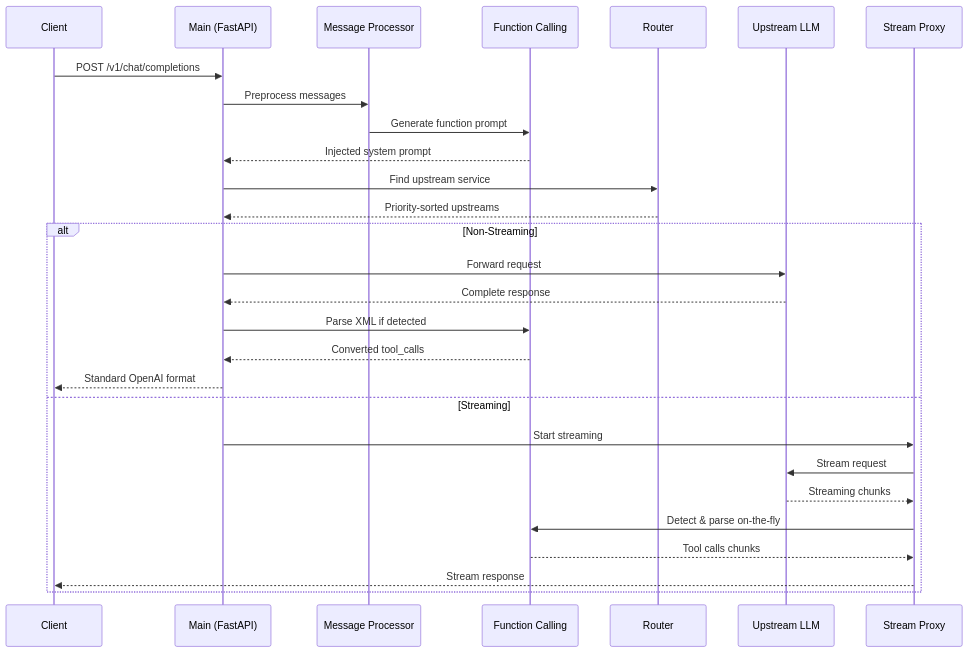
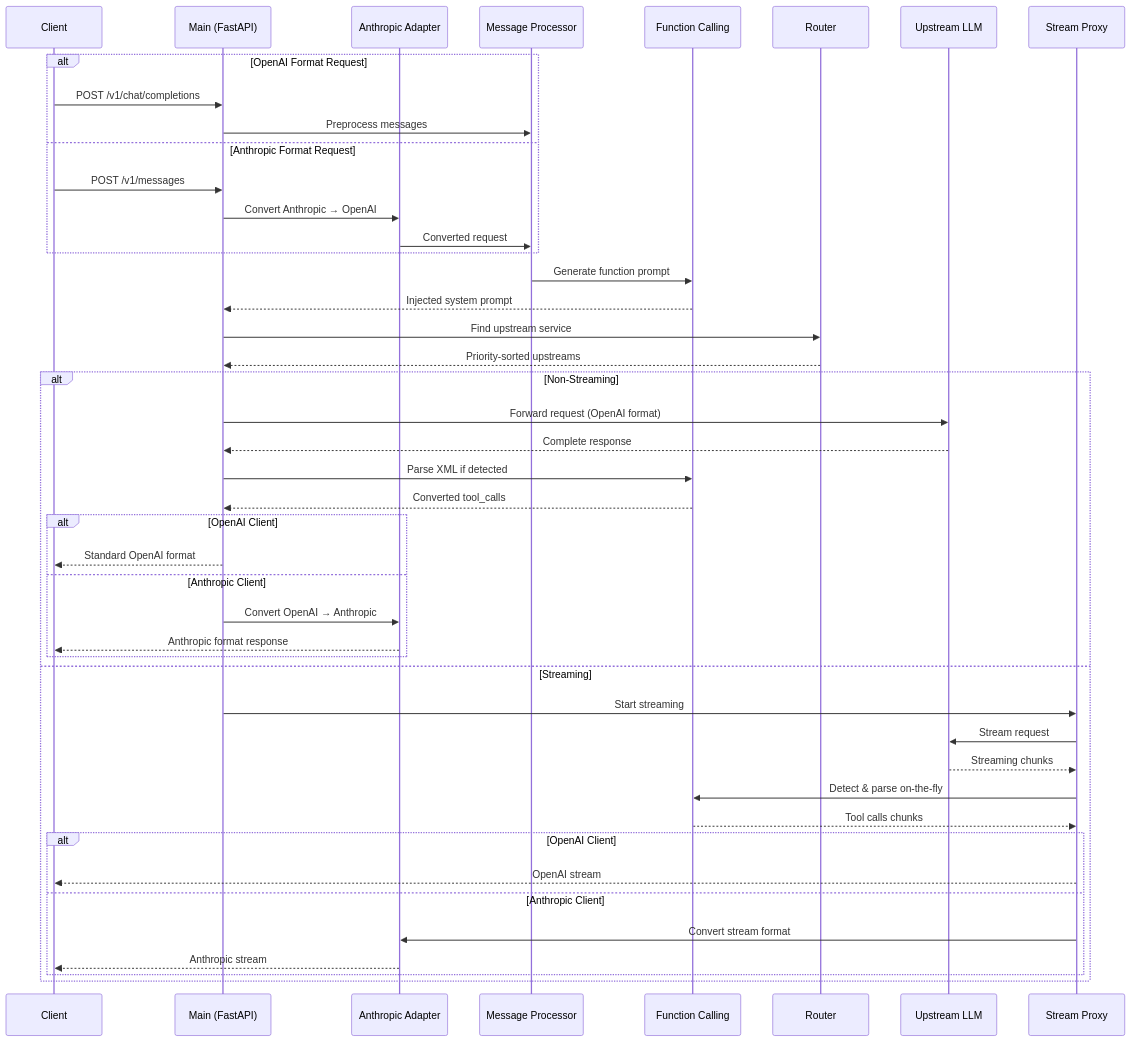
One commit to ImogeneOctaviap794/Toolify changed the second of 2 diagrams in README.md. Above: the diagram before and after it, drawn with Mermaid. The commit also changed other lines of this file and 1 other file, not shown here.

Commit message:
docs: 架构图中明确展示对 Claude/Anthropic 原生格式的支持
更新内容：
✅ 客户端层分离：OpenAI SDK 和 Anthropic SDK 客户端
✅ 突出 anthropic_adapter 作为独立的格式转换模块
✅ 展示双向转换流程：
   - 请求：Anthropic → OpenAI （处理）
   - 响应：OpenAI → Anthropic （返回）
✅ 时序图中清晰区分两种 API 格式的处理路径
✅ 支持流式和非流式两种模式的格式转换

架构特点：
🔄 无缝格式转换 - Anthropic ↔ OpenAI
🎯 统一内部处理 - 所有请求统一转为 OpenAI 格式处理
📤 智能响应转换 - 根据客户端类型返回对应格式
🌊 完整流式支持 - 流式响应也支持格式转换

````diff
--- a/README.md
+++ b/README.md
@@ -163,32 +172,52 @@
 ```mermaid
 sequenceDiagram
     participant C as Client
     participant M as Main (FastAPI)
+    participant A as Anthropic Adapter
     participant MP as Message Processor
     participant FC as Function Calling
     participant R as Router
     participant U as Upstream LLM
     participant SP as Stream Proxy
 
-    C->>M: POST /v1/chat/completions
-    M->>MP: Preprocess messages
+    alt OpenAI Format Request
+        C->>M: POST /v1/chat/completions
+        M->>MP: Preprocess messages
+    else Anthropic Format Request
+        C->>M: POST /v1/messages
+        M->>A: Convert Anthropic → OpenAI
+        A->>MP: Converted request
+    end
+    
     MP->>FC: Generate function prompt
     FC-->>M: Injected system prompt
     M->>R: Find upstream service
     R-->>M: Priority-sorted upstreams
     
     alt Non-Streaming
-        M->>U: Forward request
+        M->>U: Forward request (OpenAI format)
         U-->>M: Complete response
         M->>FC: Parse XML if detected
         FC-->>M: Converted tool_calls
-        M-->>C: Standard OpenAI format
+        
+        alt OpenAI Client
+            M-->>C: Standard OpenAI format
+        else Anthropic Client
+            M->>A: Convert OpenAI → Anthropic
+            A-->>C: Anthropic format response
+        end
     else Streaming
         M->>SP: Start streaming
         SP->>U: Stream request
         U-->>SP: Streaming chunks
         SP->>FC: Detect & parse on-the-fly
         FC-->>SP: Tool calls chunks
-        SP-->>C: Stream response
+        
+        alt OpenAI Client
+            SP-->>C: OpenAI stream
+        else Anthropic Client
+            SP->>A: Convert stream format
+            A-->>C: Anthropic stream
+        end
     end
 ```
````
